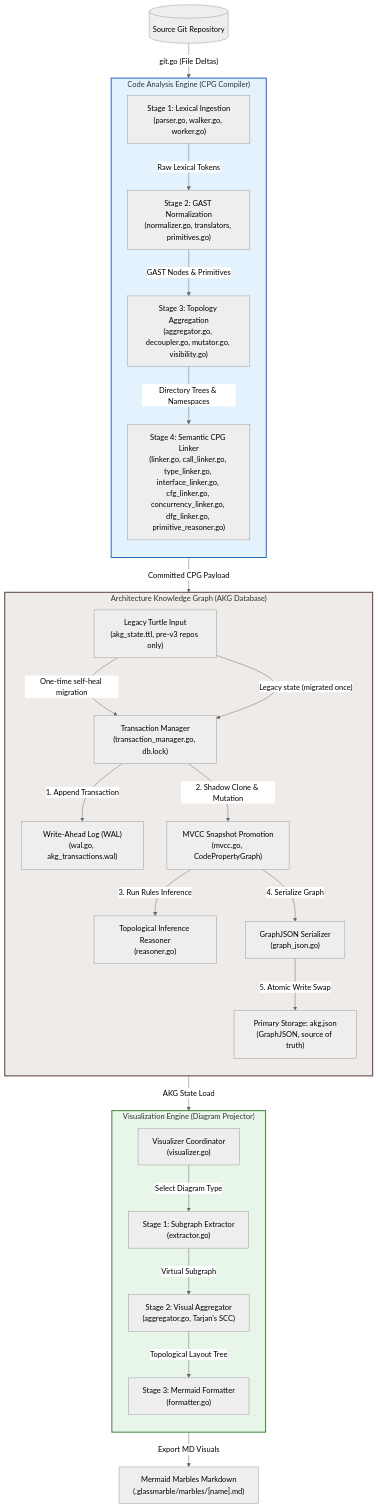
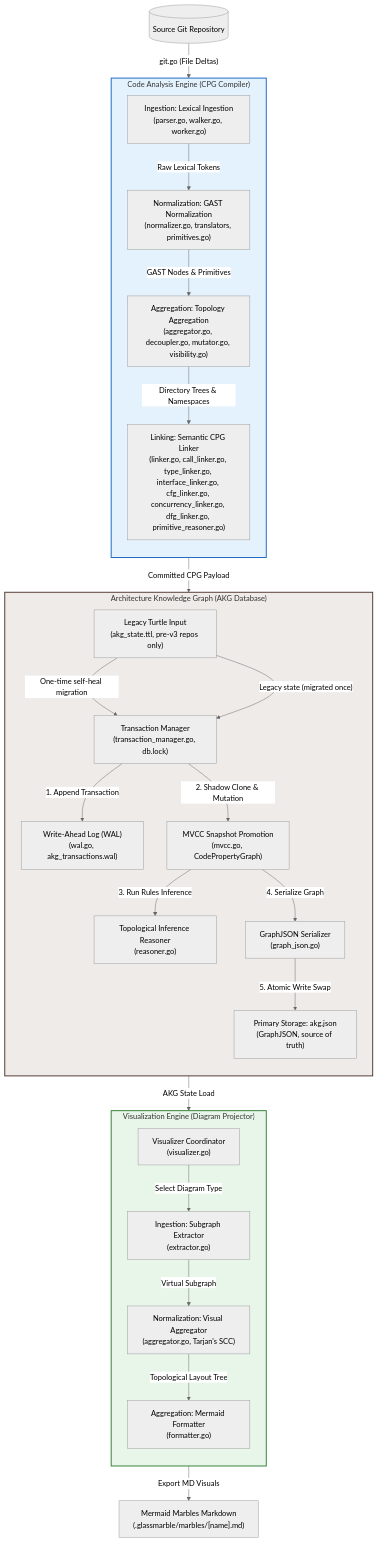
Before and after one commit to Syamchand123/GlassMarble: the diagram in docs/architecture.md, drawn with Mermaid (neutral theme). The commit also changed other lines of this file and 467 other files, not shown here.

````diff
--- a/docs/architecture.md
+++ b/docs/architecture.md
@@ -326,58 +326,58 @@
 ```mermaid
 graph TB
     subgraph CodeAnalysisEngine ["Code Analysis Engine (CPG Compiler)"]
         direction TB
-        S1["Stage 1: Lexical Ingestion<br/>(parser.go, walker.go, worker.go)"]
-        S2["Stage 2: GAST Normalization<br/>(normalizer.go, translators, primitives.go)"]
-        S3["Stage 3: Topology Aggregation<br/>(aggregator.go, decoupler.go, mutator.go, visibility.go)"]
-        S4["Stage 4: Semantic CPG Linker<br/>(linker.go, call_linker.go, type_linker.go, interface_linker.go, cfg_linker.go, concurrency_linker.go, dfg_linker.go, primitive_reasoner.go)"]
+        S1["Ingestion: Lexical Ingestion<br/>(parser.go, walker.go, worker.go)"]
+        S2["Normalization: GAST Normalization<br/>(normalizer.go, translators, primitives.go)"]
+        S3["Aggregation: Topology Aggregation<br/>(aggregator.go, decoupler.go, mutator.go, visibility.go)"]
+        S4["Linking: Semantic CPG Linker<br/>(linker.go, call_linker.go, type_linker.go, interface_linker.go, cfg_linker.go, concurrency_linker.go, dfg_linker.go, primitive_reasoner.go)"]
         
         S1 -->|"Raw Lexical Tokens"| S2
         S2 -->|"GAST Nodes & Primitives"| S3
         S3 -->|"Directory Trees & Namespaces"| S4
     end
 
     subgraph AKG ["Architecture Knowledge Graph (AKG Database)"]
         direction TB
         TM["Transaction Manager<br/>(transaction_manager.go, db.lock)"]
         WAL["Write-Ahead Log (WAL)<br/>(wal.go, akg_transactions.wal)"]
         MVCC["MVCC Snapshot Promotion<br/>(mvcc.go, CodePropertyGraph)"]
         Reasoner["Topological Inference Reasoner<br/>(reasoner.go)"]
         TS["GraphJSON Serializer<br/>(graph_json.go)"]
         
         JSON["Primary Storage: akg.json<br/>(GraphJSON, source of truth)"]
         TTL["Legacy Turtle Input<br/>(akg_state.ttl, pre-v3 repos only)"]
         
         TM -->|"1. Append Transaction"| WAL
         TM -->|"2. Shadow Clone & Mutation"| MVCC
         MVCC -->|"3. Run Rules Inference"| Reasoner
         MVCC -->|"4. Serialize Graph"| TS
         TS -->|"5. Atomic Write Swap"| JSON
         TTL -->|"One-time self-heal migration"| TM
     end
 
     subgraph VizEngine ["Visualization Engine (Diagram Projector)"]
         direction TB
         VC["Visualizer Coordinator<br/>(visualizer.go)"]
-        VE1["Stage 1: Subgraph Extractor<br/>(extractor.go)"]
-        VE2["Stage 2: Visual Aggregator<br/>(aggregator.go, Tarjan's SCC)"]
-        VE3["Stage 3: Mermaid Formatter<br/>(formatter.go)"]
+        VE1["Ingestion: Subgraph Extractor<br/>(extractor.go)"]
+        VE2["Normalization: Visual Aggregator<br/>(aggregator.go, Tarjan's SCC)"]
+        VE3["Aggregation: Mermaid Formatter<br/>(formatter.go)"]
         
         VC -->|"Select Diagram Type"| VE1
         VE1 -->|"Virtual Subgraph"| VE2
         VE2 -->|"Topological Layout Tree"| VE3
     end
 
     %% External Connections
     Repo[("Source Git Repository")] -->|"git.go (File Deltas)"| S1
     S4 -->|"Committed CPG Payload"| TM
     
     JSON -->|"AKG State Load"| VE1
     TTL -->|"Legacy state (migrated once)"| TM
     
     VE3 -->|"Export MD Visuals"| Marbles["Mermaid Marbles Markdown<br/>(.glassmarble/marbles/[name].md)"]
     
     style CodeAnalysisEngine fill:#e3f2fd,stroke:#1565c0,stroke-width:2px;
     style AKG fill:#efebe9,stroke:#4e342e,stroke-width:2px;
     style VizEngine fill:#e8f5e9,stroke:#2e7d32,stroke-width:2px;
 ```
````
